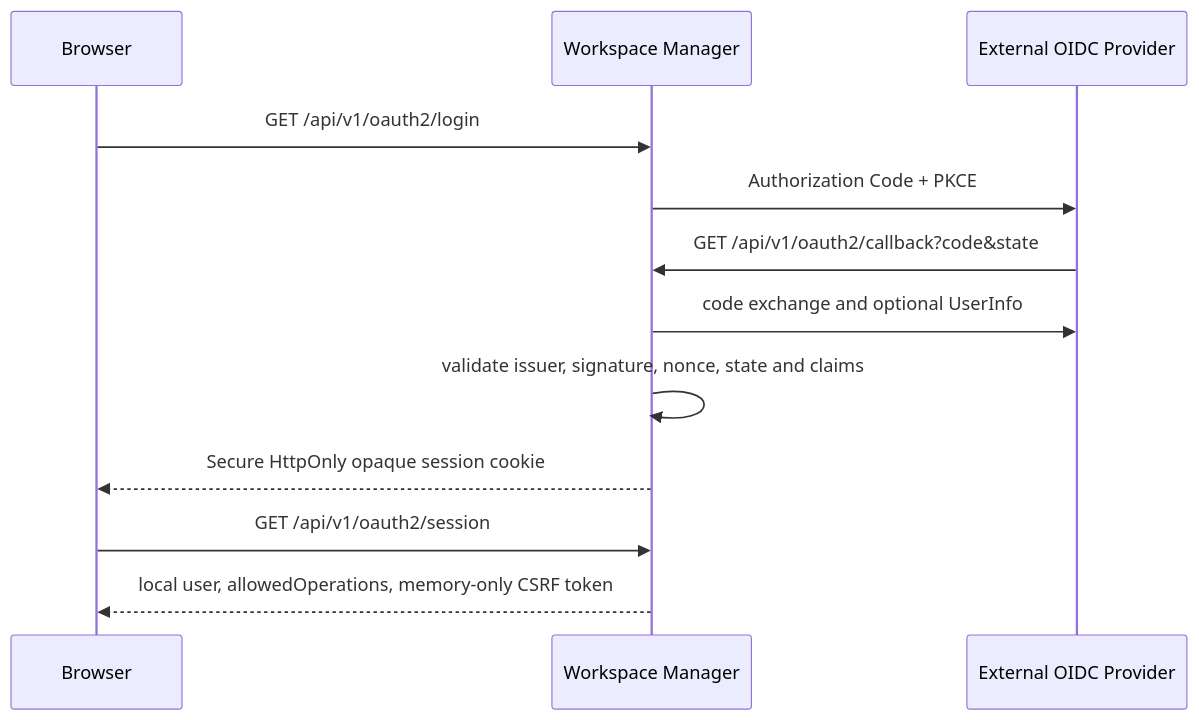
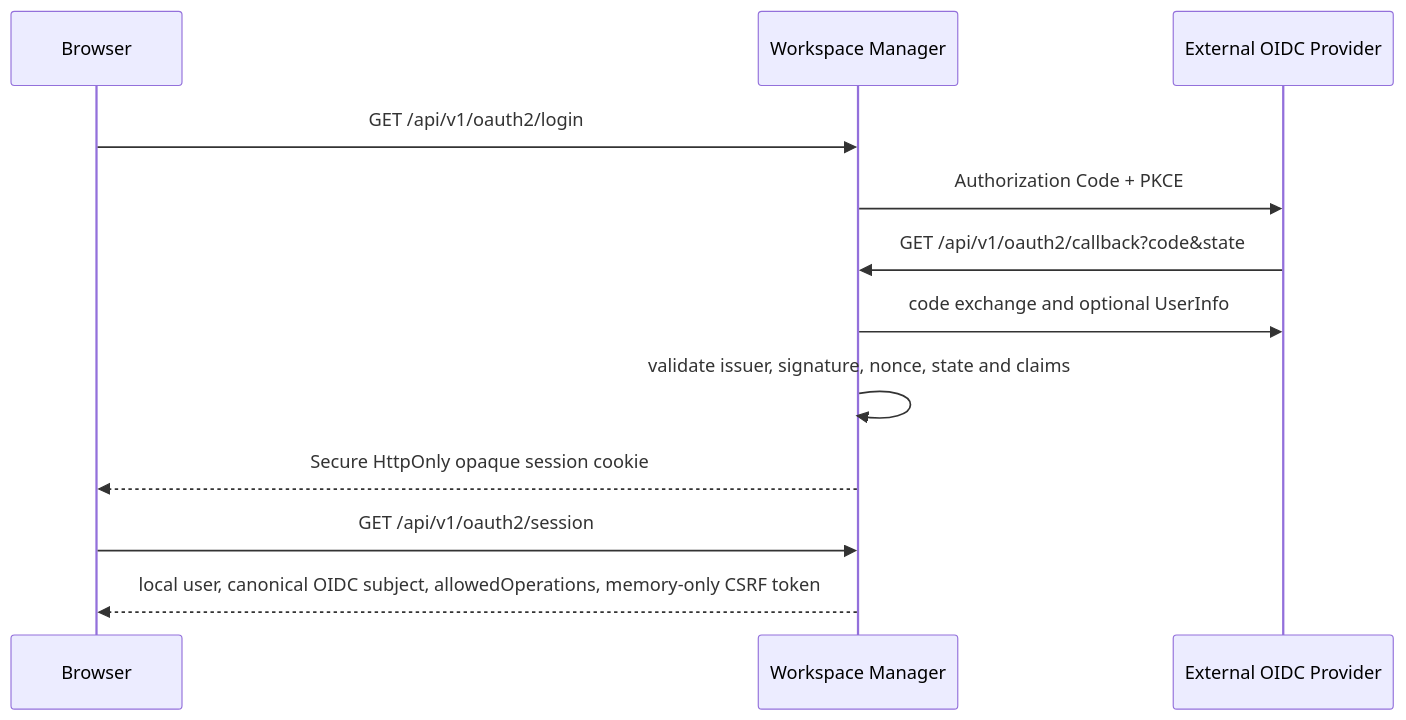
Before and after one commit to aileron-platform/aileron: the diagram in docs-site/docs/architecture/overview/identity-and-access.md, drawn with Mermaid. The commit also changed 328 other files, not shown here.

````diff
--- a/docs-site/docs/architecture/overview/identity-and-access.md
+++ b/docs-site/docs/architecture/overview/identity-and-access.md
@@ -18,14 +18,14 @@
 ```mermaid
 sequenceDiagram
   participant B as Browser
   participant M as Workspace Manager
   participant P as External OIDC Provider
   B->>M: GET /api/v1/oauth2/login
   M->>P: Authorization Code + PKCE
   P->>M: GET /api/v1/oauth2/callback?code&state
   M->>P: code exchange and optional UserInfo
   M->>M: validate issuer, signature, nonce, state and claims
   M-->>B: Secure HttpOnly opaque session cookie
   B->>M: GET /api/v1/oauth2/session
-  M-->>B: local user, allowedOperations, memory-only CSRF token
+  M-->>B: local user, canonical OIDC subject, allowedOperations, memory-only CSRF token
 ```
````
